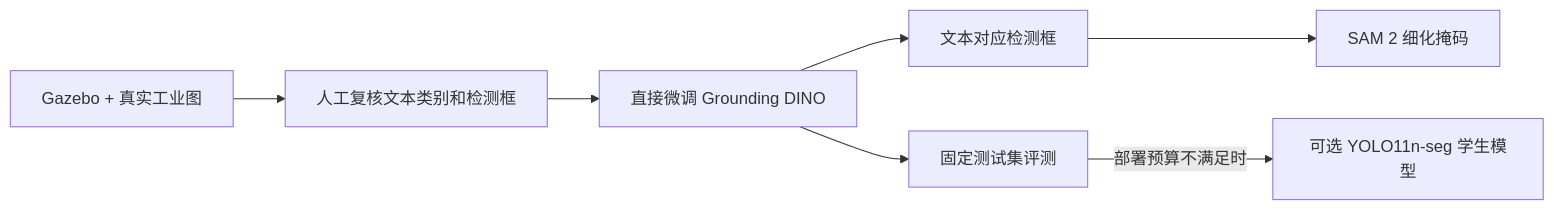
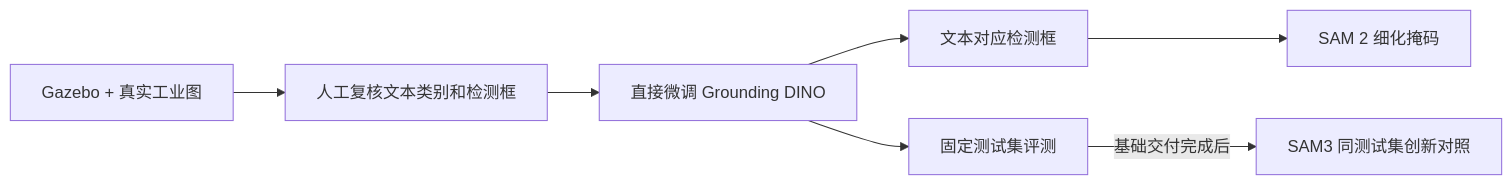
The second of 2 diagrams in docs/guides/vision_open_vocab_cn.md (Yiannnn-202/SensorAgent), drawn with Mermaid before and after one commit. The commit also changed other lines of this file and 12 other files, not shown here.

````diff
--- a/docs/guides/vision_open_vocab_cn.md
+++ b/docs/guides/vision_open_vocab_cn.md
@@ -452,9 +454,9 @@
 ```mermaid
 flowchart LR
   data["Gazebo + 真实工业图"] --> review["人工复核文本类别和检测框"]
   review --> dino["直接微调 Grounding DINO"]
   dino --> box["文本对应检测框"]
   box --> sam["SAM 2 细化掩码"]
   dino --> assess["固定测试集评测"]
-  assess -->|"部署预算不满足时"| student["可选 YOLO11n-seg 学生模型"]
+  assess -->|"基础交付完成后"| sam3["SAM3 同测试集创新对照"]
 ```
````
